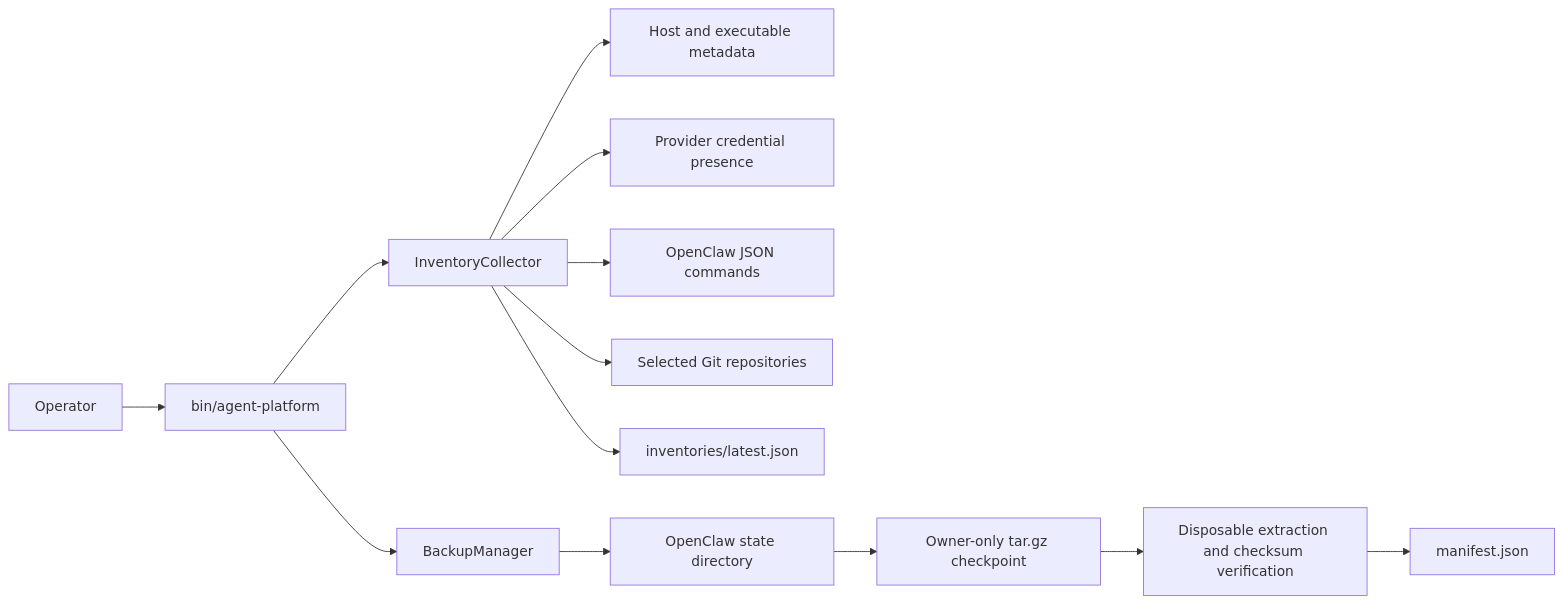
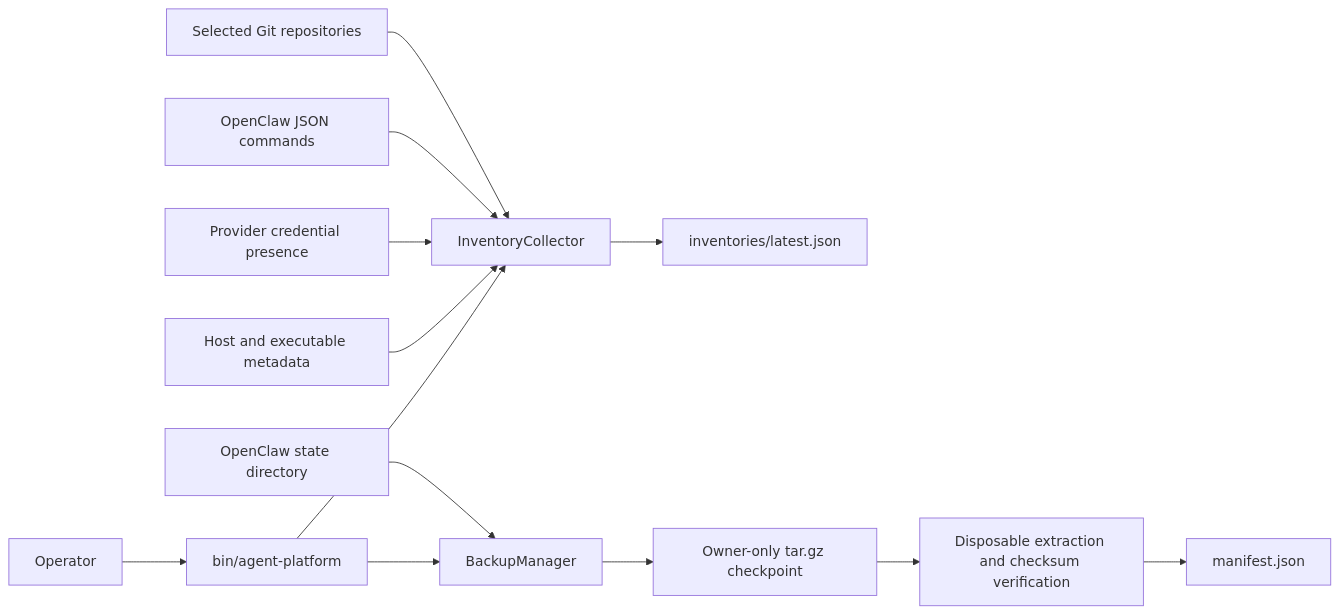
One commit to kennylhilljr/agent-control-plane-infra changed the diagram in README.md. Above: the diagram before and after it, drawn with Mermaid.

Commit message:
Fix README architecture data flow

````diff
--- a/README.md
+++ b/README.md
@@ -27,17 +27,17 @@
 ```mermaid
 flowchart LR
     OP[Operator] --> CLI[bin/agent-platform]
     CLI --> INV[InventoryCollector]
     CLI --> BAK[BackupManager]
 
-    INV --> HOST[Host and executable metadata]
-    INV --> ENV[Provider credential presence]
-    INV --> OC[OpenClaw JSON commands]
-    INV --> GIT[Selected Git repositories]
+    HOST[Host and executable metadata] --> INV
+    ENV[Provider credential presence] --> INV
+    OC[OpenClaw JSON commands] --> INV
+    GIT[Selected Git repositories] --> INV
     INV --> OUT[inventories/latest.json]
 
-    BAK --> STATE[OpenClaw state directory]
-    STATE --> ARCHIVE[Owner-only tar.gz checkpoint]
+    STATE[OpenClaw state directory] --> BAK
+    BAK --> ARCHIVE[Owner-only tar.gz checkpoint]
     ARCHIVE --> VERIFY[Disposable extraction and checksum verification]
     VERIFY --> MANIFEST[manifest.json]
 ```
````
